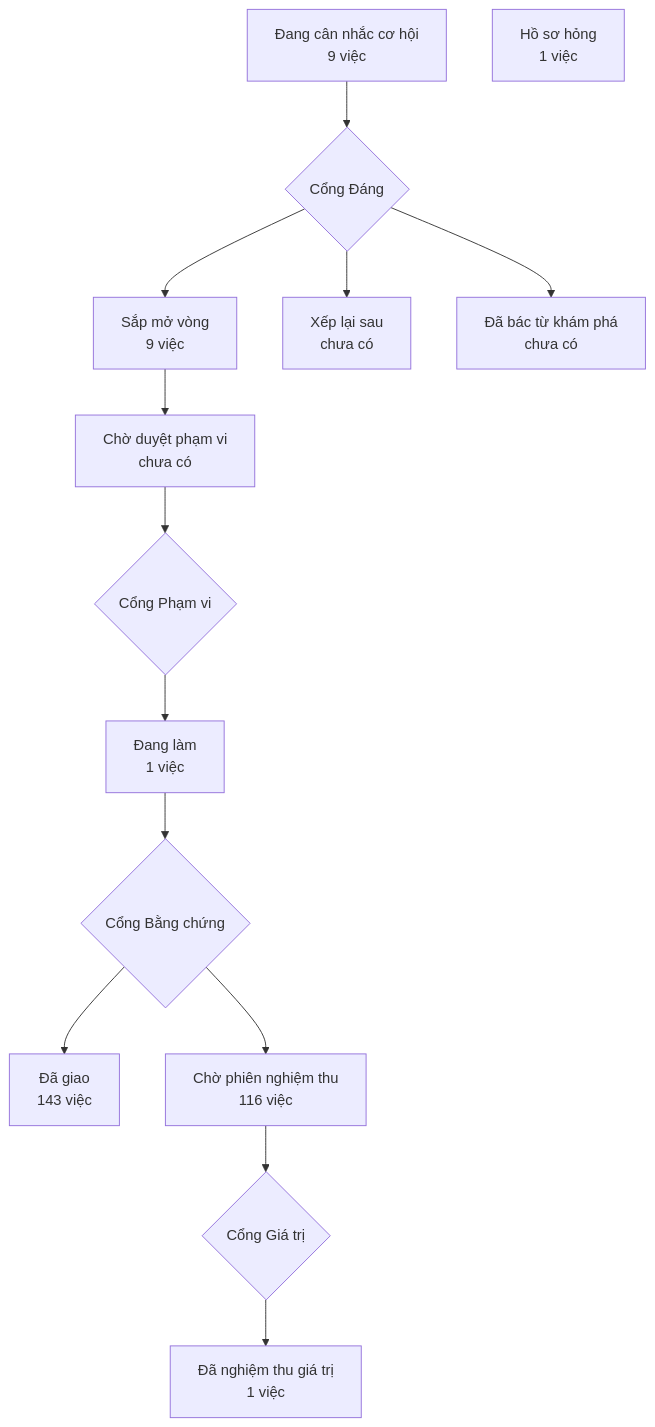
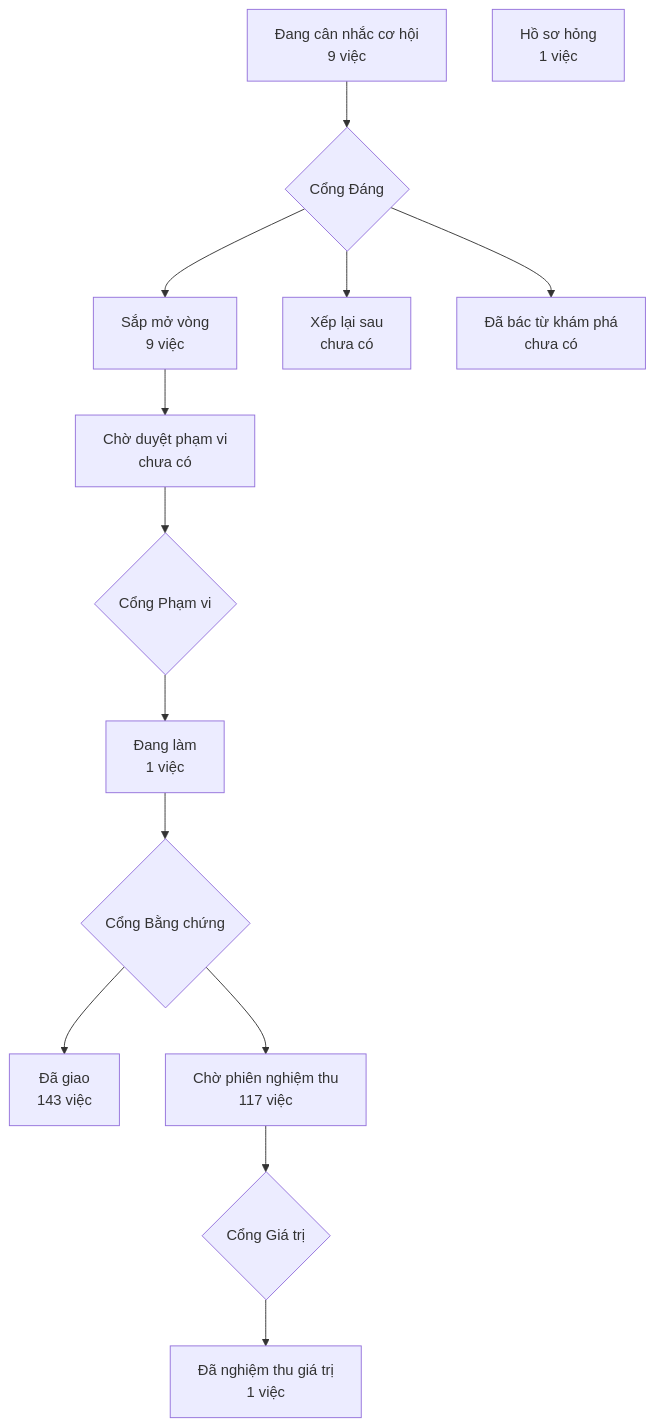
The diagram in PRODUCT-MAP.md (phanlemanh/crm-onehub), drawn with Mermaid before and after one commit. The commit also changed 1 other file, not shown here.

Commit message:
chore(neo-thuoc-het-han): vẽ lại bản đồ sau gộp onehub

````diff
--- a/PRODUCT-MAP.md
+++ b/PRODUCT-MAP.md
@@ -7,13 +7,13 @@
 ```mermaid
 flowchart TD
   A["Đang cân nhắc cơ hội<br/>9 việc"] --> GD{"Cổng Đáng"}
   GD --> B["Sắp mở vòng<br/>9 việc"]
   GD --> XL["Xếp lại sau<br/>chưa có"]
   GD --> DB["Đã bác từ khám phá<br/>chưa có"]
   B --> CD["Chờ duyệt phạm vi<br/>chưa có"] --> GP{"Cổng Phạm vi"}
   GP --> DL["Đang làm<br/>1 việc"] --> GB{"Cổng Bằng chứng"}
   GB --> DG["Đã giao<br/>143 việc"]
-  GB --> CN["Chờ phiên nghiệm thu<br/>116 việc"] --> GG{"Cổng Giá trị"}
+  GB --> CN["Chờ phiên nghiệm thu<br/>117 việc"] --> GG{"Cổng Giá trị"}
   GG --> NT["Đã nghiệm thu giá trị<br/>1 việc"]
   HS["Hồ sơ hỏng<br/>1 việc"]
 ```
````
